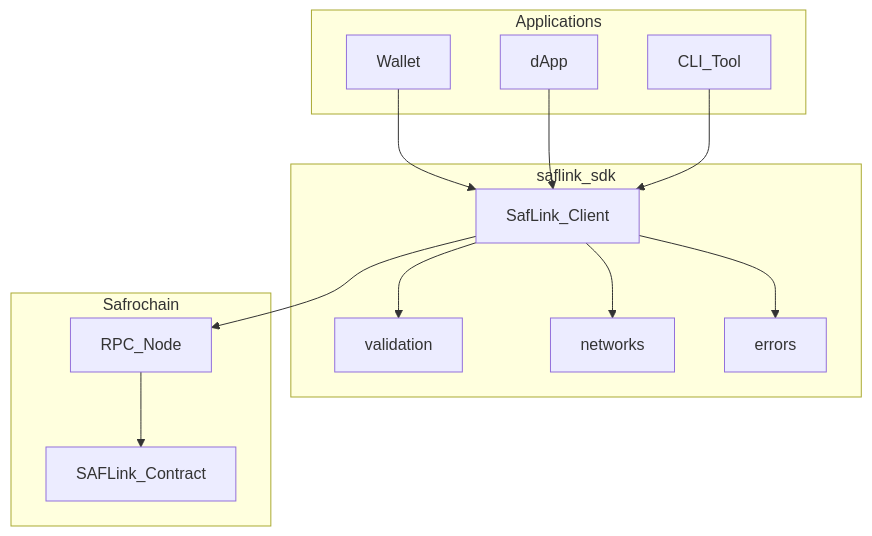
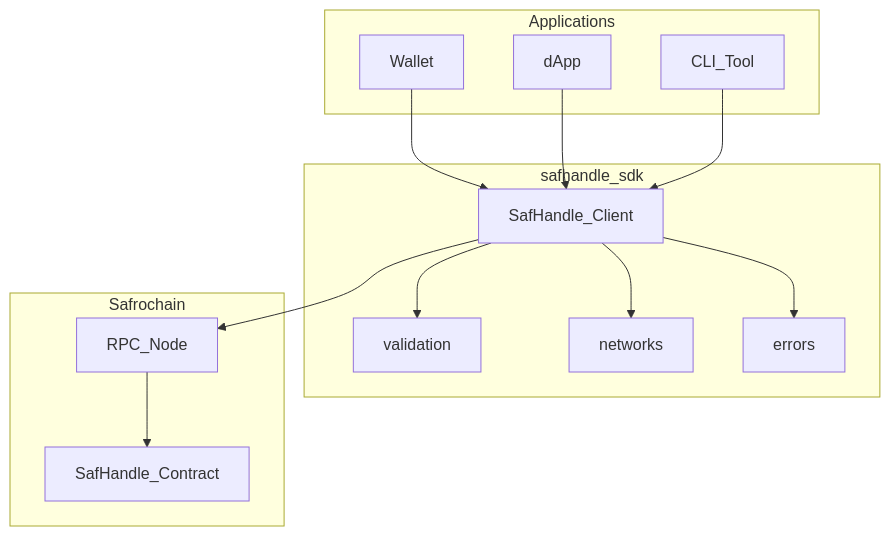
Before and after one commit to mbagalwa/safhandle-sdk: the diagram in docs/ARCHITECTURE.md, drawn with Mermaid. The commit also changed other lines of this file and 28 other files, not shown here.

First line of the commit message:
refactor: rename SAFLink to SafHandle across SDK repo

````diff
--- a/docs/ARCHITECTURE.md
+++ b/docs/ARCHITECTURE.md
@@ -7,26 +7,26 @@
 ```mermaid
 flowchart TB
     subgraph apps [Applications]
         Wallet[Wallet]
         DApp[dApp]
         CLI[CLI_Tool]
     end
-    subgraph sdk [saflink_sdk]
-        Client[SafLink_Client]
+    subgraph sdk [safhandle_sdk]
+        Client[SafHandle_Client]
         Validation[validation]
         Networks[networks]
         Errors[errors]
     end
     subgraph chain [Safrochain]
         RPC[RPC_Node]
-        Contract[SAFLink_Contract]
+        Contract[SafHandle_Contract]
     end
     Wallet --> Client
     DApp --> Client
     CLI --> Client
     Client --> Validation
     Client --> Networks
     Client --> Errors
     Client --> RPC
     RPC --> Contract
 ```
````
